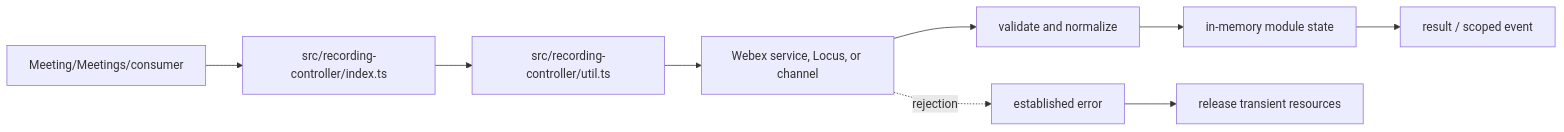
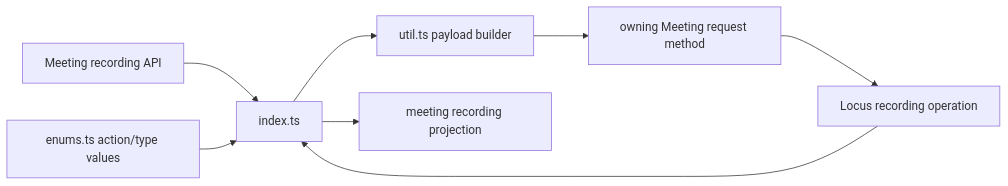
Before and after one commit to webex/webex-js-sdk: the first of 4 diagrams in packages/@webex/plugin-meetings/src/recording-controller/ai-docs/recording-controller-spec.md, drawn with Mermaid. The commit also changed other lines of this file and 26 other files, not shown here.

````diff
--- a/packages/@webex/plugin-meetings/src/recording-controller/ai-docs/recording-controller-spec.md
+++ b/packages/@webex/plugin-meetings/src/recording-controller/ai-docs/recording-controller-spec.md
@@ -96,11 +98,10 @@
 ```mermaid
 flowchart LR
-  Caller[Meeting/Meetings/consumer] --> Entry[src/recording-controller/index.ts]
-  Entry --> Support[src/recording-controller/util.ts]
-  Support --> Boundary[Webex service, Locus, or channel]
-  Boundary --> Normalize[validate and normalize]
-  Normalize --> State[in-memory module state]
-  State --> Output[result / scoped event]
-  Boundary -. rejection .-> Error[established error]
-  Error --> Cleanup[release transient resources]
+  Consumer[Meeting recording API] --> Controller[index.ts]
+  Enums[enums.ts action/type values] --> Controller
+  Controller --> Util[util.ts payload builder]
+  Util --> Meeting[owning Meeting request method]
+  Meeting --> Locus[Locus recording operation]
+  Locus --> Controller
+  Controller --> State[meeting recording projection]
 ```
````
